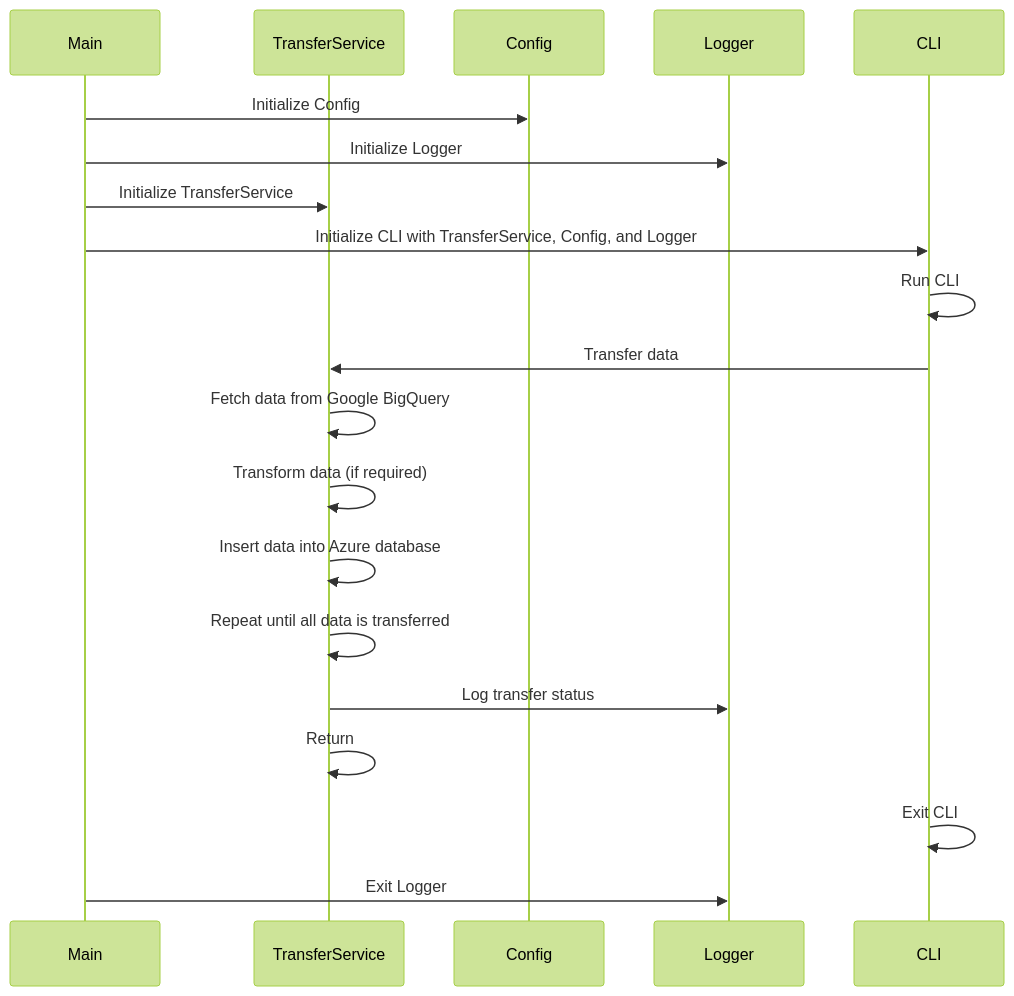
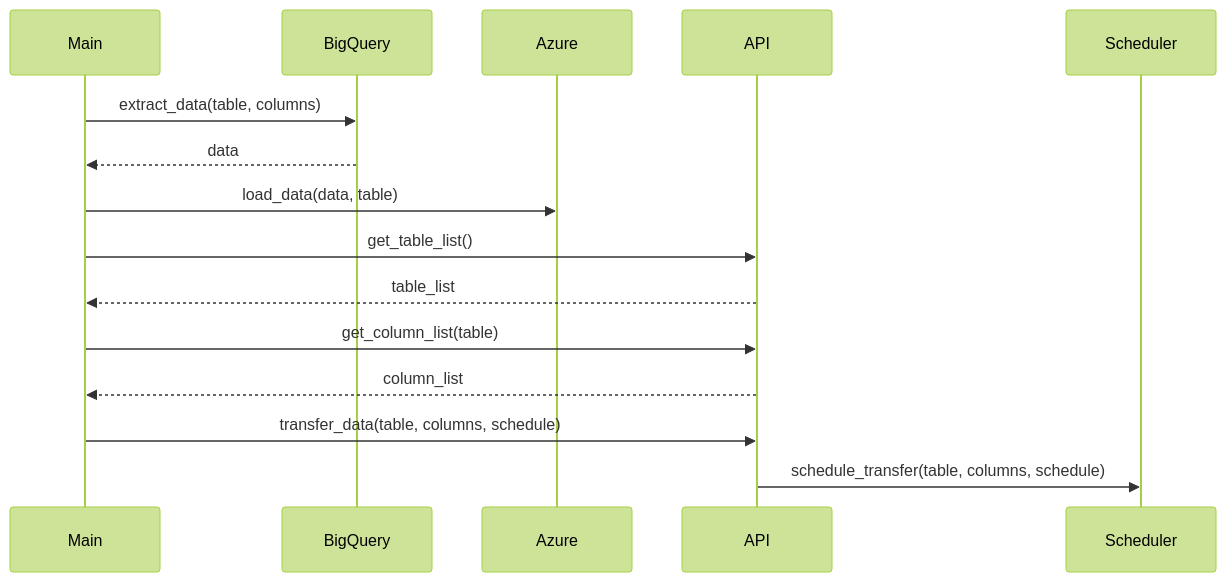
Before and after one commit to Gourav24-11/BigQuery2Azure: the diagram in resources/seq_flow.mmd, drawn with Mermaid (forest theme). The commit also changed 2 other files, not shown here.

```diff
--- a/resources/seq_flow.mmd
+++ b/resources/seq_flow.mmd
@@ -1,21 +1,16 @@
 sequenceDiagram
     participant M as Main
-    participant TS as TransferService
-    participant C as Config
-    participant L as Logger
-    participant CL as CLI
+    participant BQ as BigQuery
+    participant AZ as Azure
+    participant AP as API
+    participant SC as Scheduler
 
-    M->>C: Initialize Config
-    M->>L: Initialize Logger
-    M->>TS: Initialize TransferService
-    M->>CL: Initialize CLI with TransferService, Config, and Logger
-    CL->>CL: Run CLI
-    CL->>TS: Transfer data
-    TS->>TS: Fetch data from Google BigQuery
-    TS->>TS: Transform data (if required)
-    TS->>TS: Insert data into Azure database
-    TS->>TS: Repeat until all data is transferred
-    TS->>L: Log transfer status
-    TS->>TS: Return
-    CL->>CL: Exit CLI
-    M->>L: Exit Logger
+    M->>BQ: extract_data(table, columns)
+    BQ-->>M: data
+    M->>AZ: load_data(data, table)
+    M->>AP: get_table_list()
+    AP-->>M: table_list
+    M->>AP: get_column_list(table)
+    AP-->>M: column_list
+    M->>AP: transfer_data(table, columns, schedule)
+    AP->>SC: schedule_transfer(table, columns, schedule)
```
